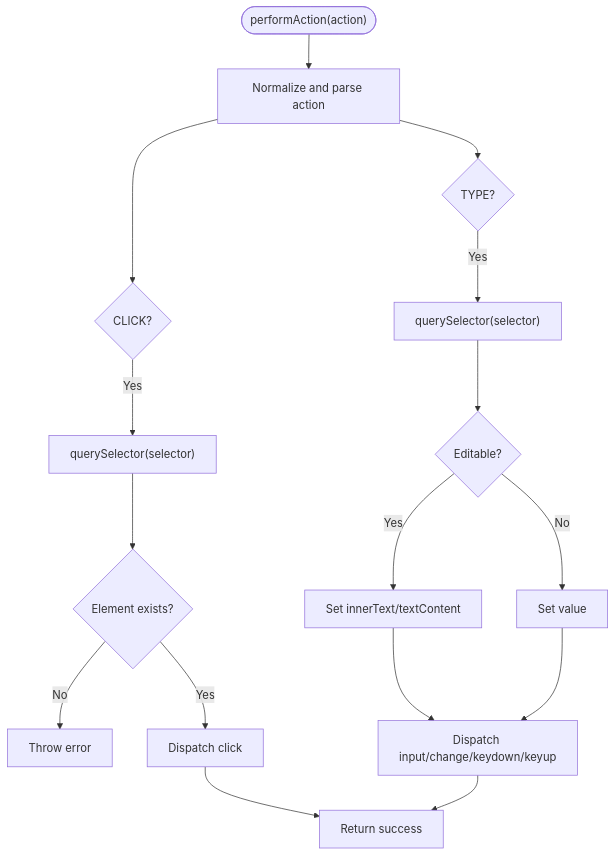
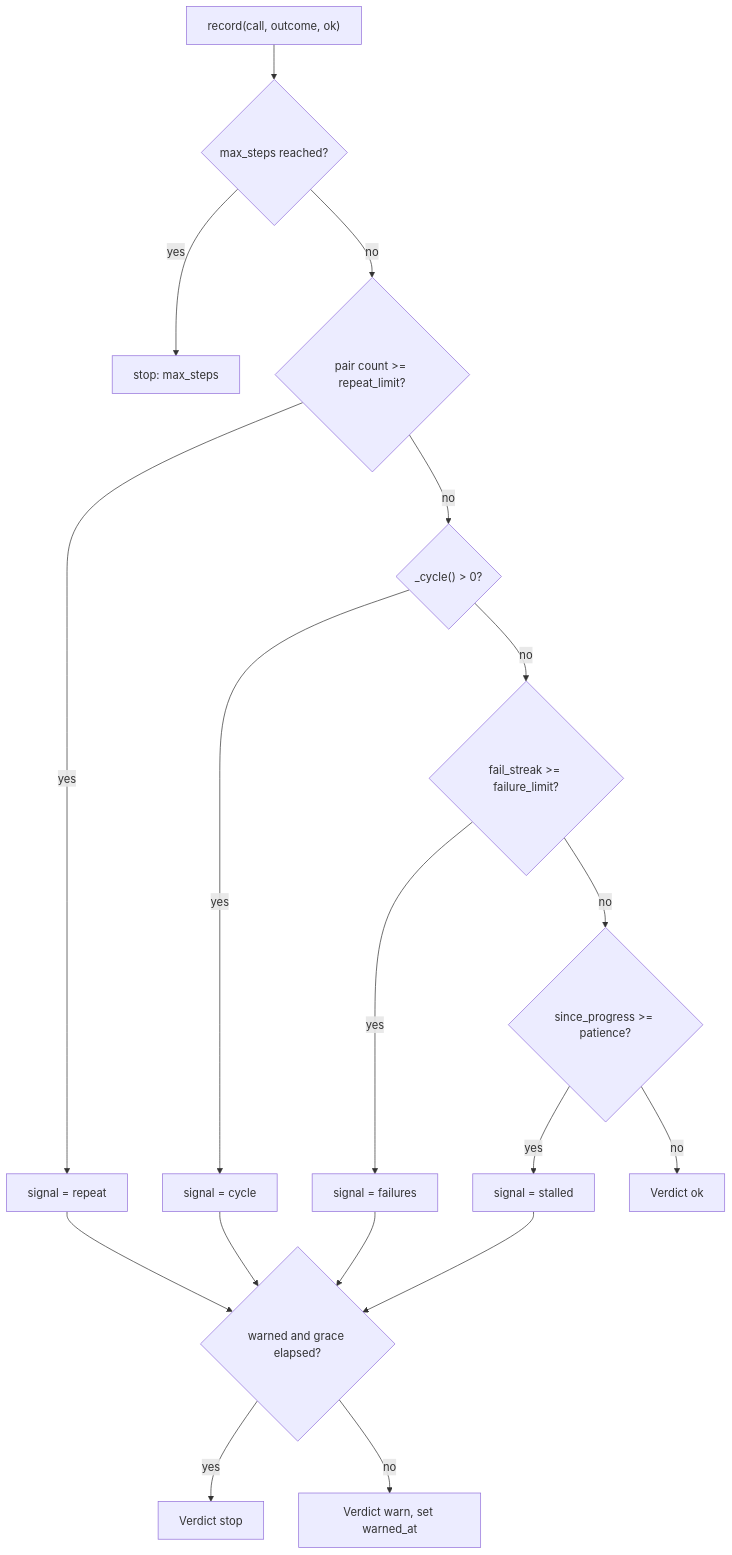
One commit to tashifkhan/tashif.codes changed the third of 6 diagrams in src/data/docs/agentic-browser/Browser Automation/Security and Safety Mechanisms.md. Above: the diagram before and after it, drawn with Mermaid. The commit also changed other lines of this file and 114 other files, not shown here.

````diff
--- a/src/data/docs/agentic-browser/Browser Automation/Security and Safety Mechanisms.md
+++ b/src/data/docs/agentic-browser/Browser Automation/Security and Safety Mechanisms.md
@@ -146,18 +89,20 @@
 ```mermaid
 flowchart TD
-Start(["performAction(action)"]) --> Parse["Normalize and parse action"]
-Parse --> Click{"CLICK?"}
-Click --> |Yes| FindEl["querySelector(selector)"]
-FindEl --> Exists{"Element exists?"}
-Exists --> |No| Err["Throw error"]
-Exists --> |Yes| ClickEvt["Dispatch click"]
-ClickEvt --> Done["Return success"]
-Parse --> Type{"TYPE?"}
-Type --> |Yes| FindInput["querySelector(selector)"]
-FindInput --> Editable{"Editable?"}
-Editable --> |Yes| SetText["Set innerText/textContent"]
-Editable --> |No| SetVal["Set value"]
-SetText --> Events["Dispatch input/change/keydown/keyup"]
-SetVal --> Events
-Events --> Done
+  A["record(call, outcome, ok)"] --> B{"max_steps reached?"}
+  B -->|yes| S0["stop: max_steps"]
+  B -->|no| C{"pair count >= repeat_limit?"}
+  C -->|yes| S1["signal = repeat"]
+  C -->|no| D{"_cycle() > 0?"}
+  D -->|yes| S2["signal = cycle"]
+  D -->|no| E{"fail_streak >= failure_limit?"}
+  E -->|yes| S3["signal = failures"]
+  E -->|no| F{"since_progress >= patience?"}
+  F -->|yes| S4["signal = stalled"]
+  F -->|no| OK["Verdict ok"]
+  S1 --> W{"warned and grace elapsed?"}
+  S2 --> W
+  S3 --> W
+  S4 --> W
+  W -->|yes| STOP["Verdict stop"]
+  W -->|no| WARN["Verdict warn, set warned_at"]
 ```
````
